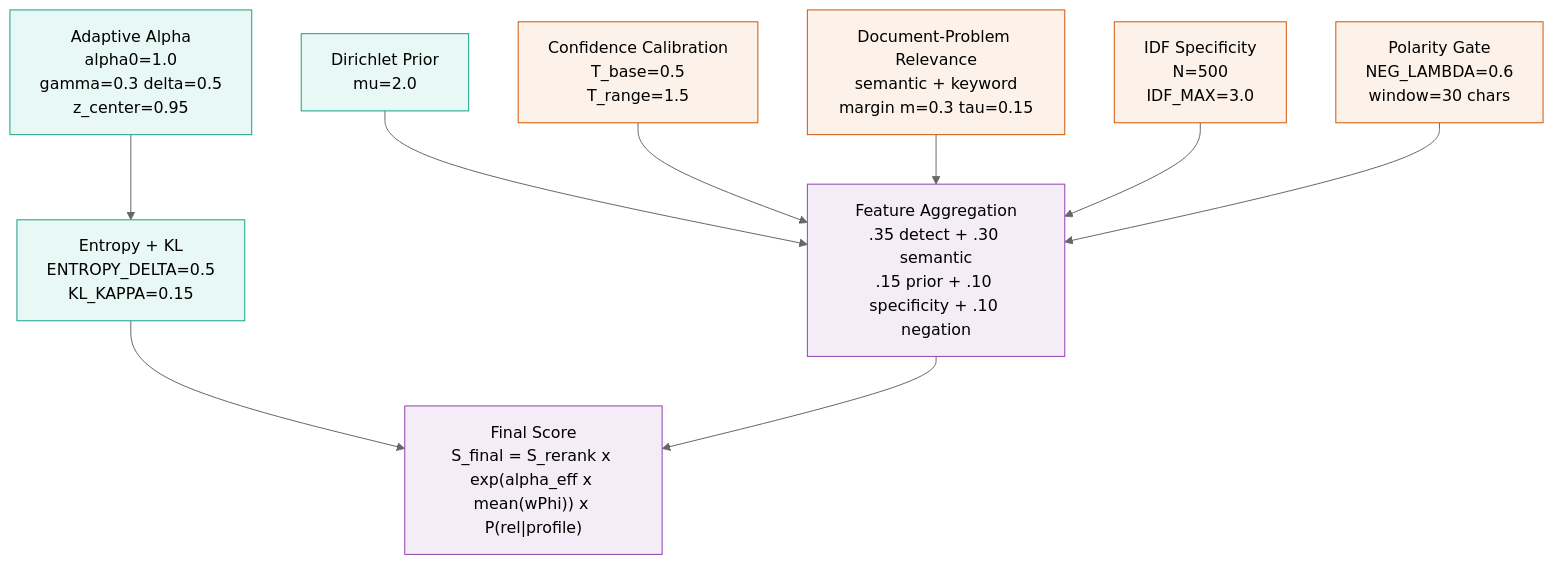
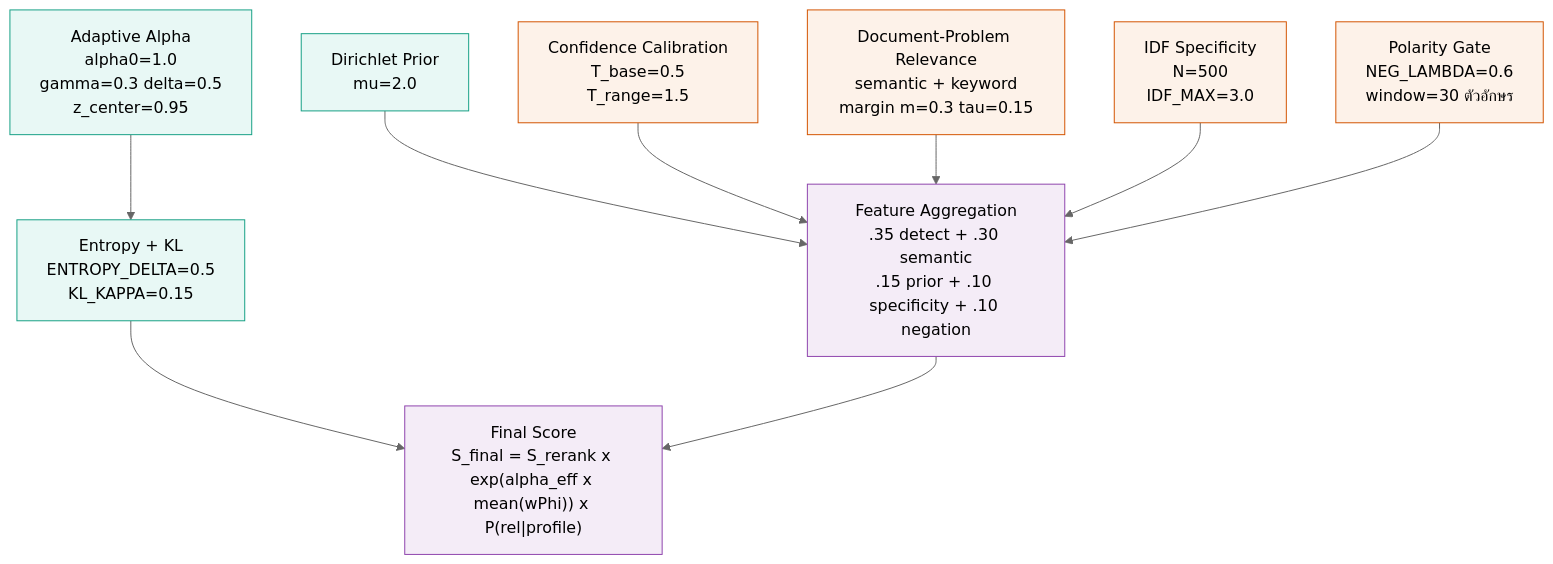
The fourth of 5 diagrams in md_report/thesis_framework_and_math_flow.md (Mickeychay/thesis_one-), drawn with Mermaid (neutral theme) before and after one commit. The commit also changed other lines of this file and 8 other files, not shown here.

````diff
--- a/md_report/thesis_framework_and_math_flow.md
+++ b/md_report/thesis_framework_and_math_flow.md
@@ -222,25 +218,25 @@
 ```mermaid
 flowchart TD
     classDef pre fill:#e8f8f5,stroke:#16a085,stroke-width:1px,color:#000
     classDef per fill:#fdf2e9,stroke:#d35400,stroke-width:1px,color:#000
     classDef final fill:#f4ecf7,stroke:#8e44ad,stroke-width:1px,color:#000
 
     A1["Dirichlet Prior<br/>mu=2.0"]:::pre
     A2["Adaptive Alpha<br/>alpha0=1.0<br/>gamma=0.3 delta=0.5<br/>z_center=0.95"]:::pre
     A3["Entropy + KL<br/>ENTROPY_DELTA=0.5<br/>KL_KAPPA=0.15"]:::pre
     B1["Confidence Calibration<br/>T_base=0.5<br/>T_range=1.5"]:::per
     B2["Document-Problem Relevance<br/>semantic + keyword<br/>margin m=0.3 tau=0.15"]:::per
     B3["IDF Specificity<br/>N=500<br/>IDF_MAX=3.0"]:::per
-    B4["Polarity Gate<br/>NEG_LAMBDA=0.6<br/>window=30 chars"]:::per
+    B4["Polarity Gate<br/>NEG_LAMBDA=0.6<br/>window=30 ตัวอักษร"]:::per
     C1["Feature Aggregation<br/>.35 detect + .30 semantic<br/>.15 prior + .10 specificity + .10 negation"]:::final
     C2["Final Score<br/>S_final = S_rerank x exp(alpha_eff x mean(wPhi)) x P(rel|profile)"]:::final
 
     A1 --> C1
     A2 --> A3
     A3 --> C2
     B1 --> C1
     B2 --> C1
     B3 --> C1
     B4 --> C1
     C1 --> C2
 ```
````
